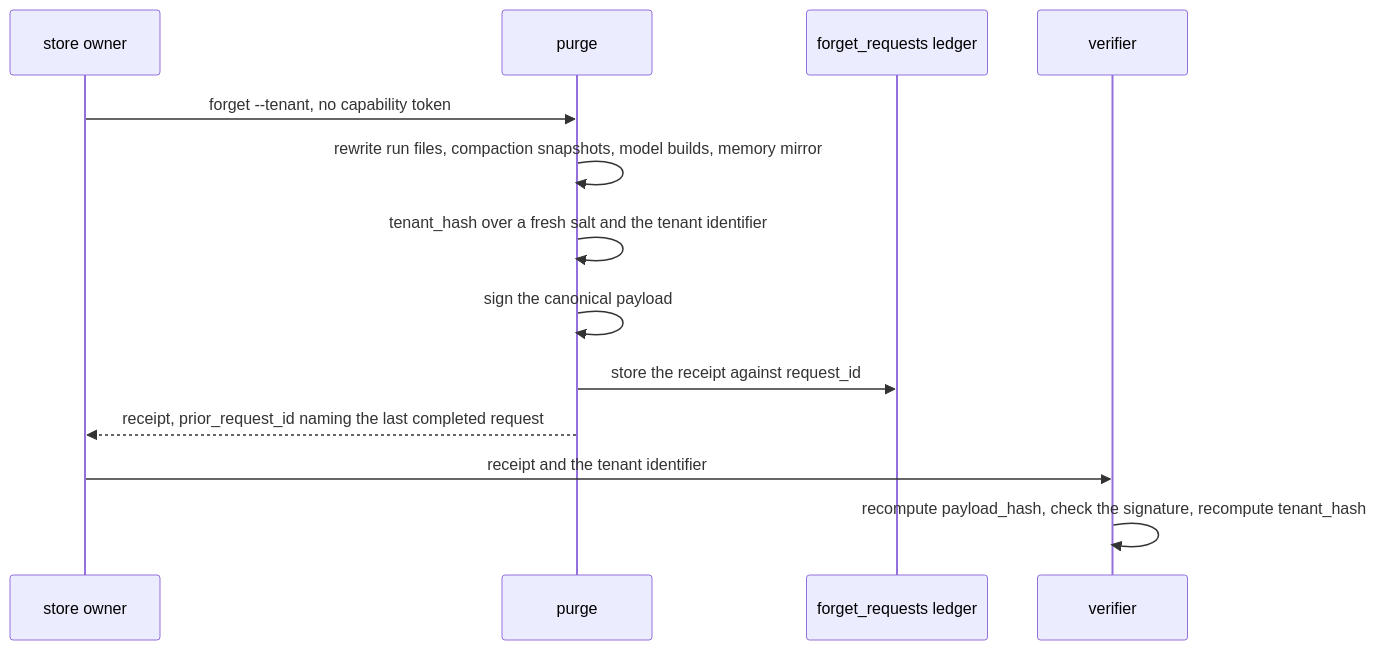
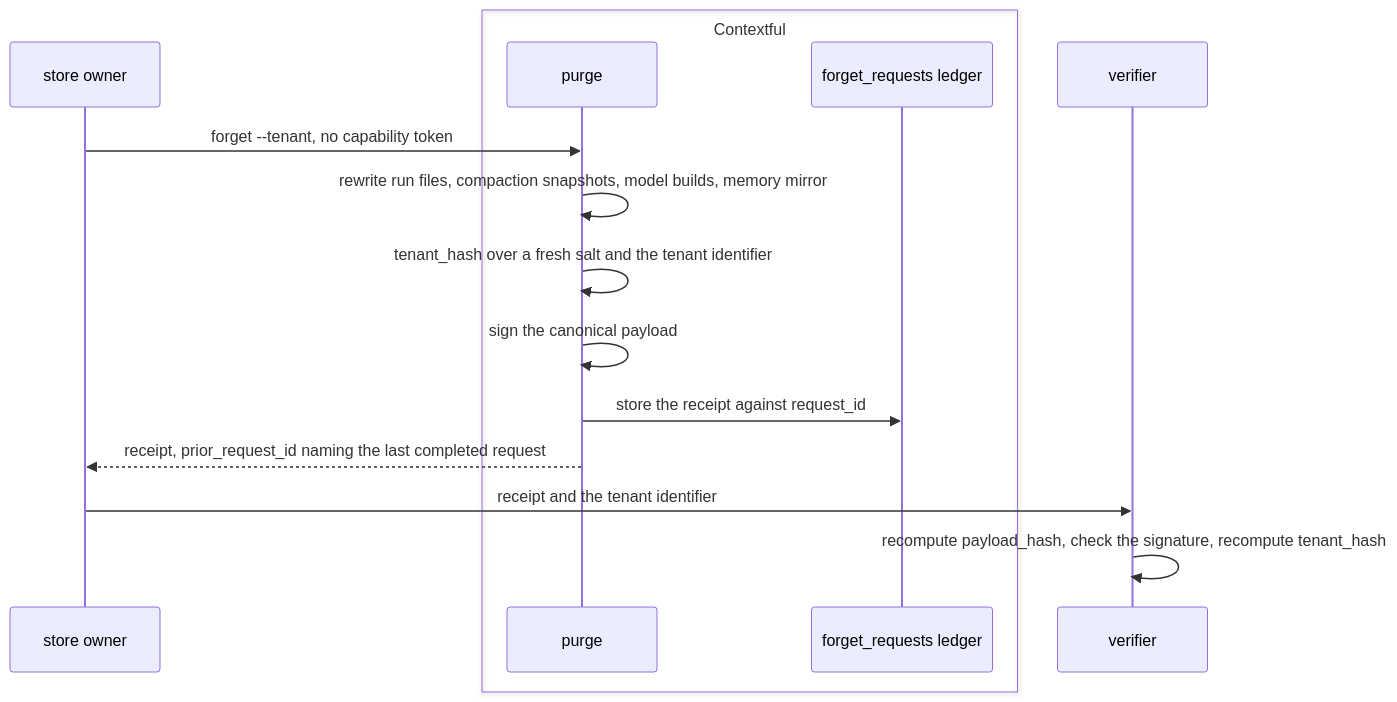
The fourth of 5 diagrams in spec/62-accountability.md (fractalboxdev/contextful), drawn with Mermaid before and after one commit. The commit also changed other lines of this file and 33 other files, not shown here.

Commit message:
spec: diagrams draw contracts, parties and trust zones as containers; a node standing for one is refused

````diff
--- a/spec/62-accountability.md
+++ b/spec/62-accountability.md
@@ -155,15 +175,17 @@
 ```mermaid
 sequenceDiagram
     participant O as store owner
-    participant P as purge
-    participant L as forget_requests ledger
+    box Contextful
+        participant P as purge
+        participant L as forget_requests ledger
+    end
     participant V as verifier
     O->>P: forget --tenant, no capability token
     P->>P: rewrite run files, compaction snapshots, model builds, memory mirror
     P->>P: tenant_hash over a fresh salt and the tenant identifier
     P->>P: sign the canonical payload
     P->>L: store the receipt against request_id
     P-->>O: receipt, prior_request_id naming the last completed request
     O->>V: receipt and the tenant identifier
     V->>V: recompute payload_hash, check the signature, recompute tenant_hash
 ```
````
